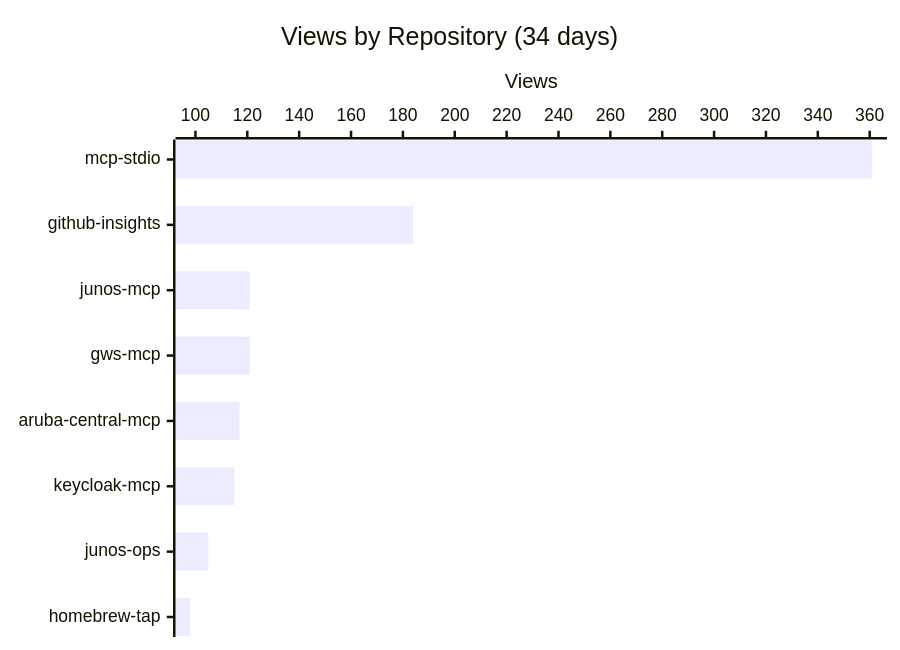
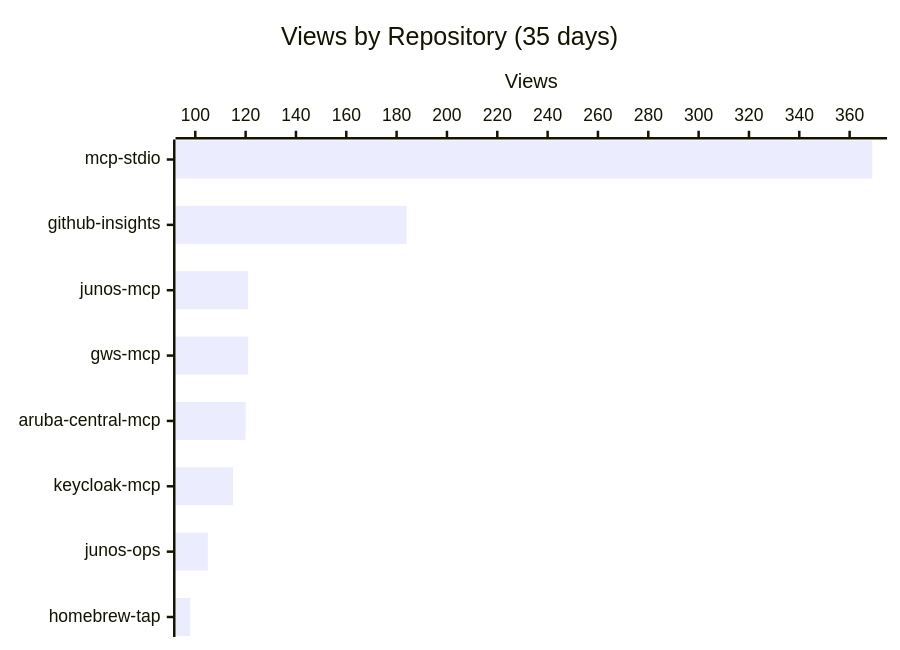
Before and after one commit to shigechika/github-insights: the first of 3 diagrams in README.md, drawn with Mermaid. The commit also changed other lines of this file and 1 other file, not shown here.

````diff
--- a/README.md
+++ b/README.md
@@ -14,7 +14,7 @@
 ```mermaid
 xychart-beta horizontal
-    title "Views by Repository (34 days)"
+    title "Views by Repository (35 days)"
     x-axis ["mcp-stdio", "github-insights", "junos-mcp", "gws-mcp", "aruba-central-mcp", "keycloak-mcp", "junos-ops", "homebrew-tap"]
     y-axis "Views"
-    bar [361, 184, 121, 121, 117, 115, 105, 98]
+    bar [369, 184, 121, 121, 120, 115, 105, 98]
 ```
````
